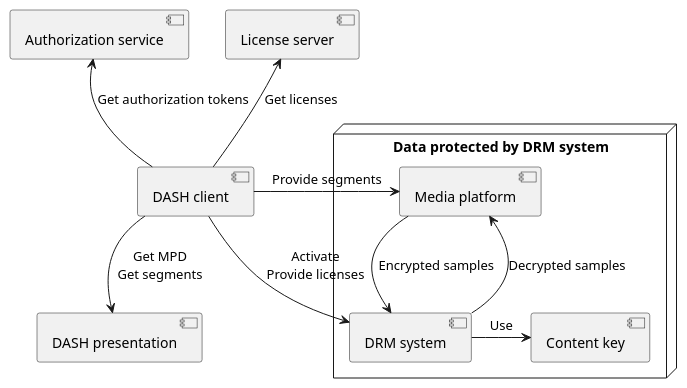
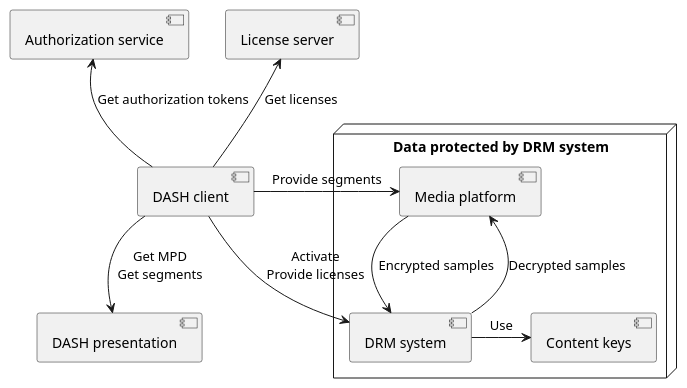
One commit to Dash-Industry-Forum/DASH-IF-IOP changed the diagram in Diagrams/Security/DrmBigPicture.wsd. Above: the diagram before and after it, drawn with PlantUML.

Commit message:
Diagram tidy

```diff
--- a/Diagrams/Security/DrmBigPicture.wsd
+++ b/Diagrams/Security/DrmBigPicture.wsd
@@ -1,29 +1,29 @@
 @startuml
 
 [DASH presentation] as DASH
 
 [DASH client] as Client
 
 node "Data protected by DRM system" {
-    [Content key] as Key
+    [Content keys] as Key
 
     [Media platform] as MediaPlatform
     [DRM system] as DRM
 }
 
 [License server] as LicenseServer
 [Authorization service] as Authz
 
 Client -down-> DASH : Get MPD\nGet segments
 Client -> MediaPlatform : Provide segments
 Client -down-> DRM : Activate\nProvide licenses
 
 DRM -> MediaPlatform : Decrypted samples
 MediaPlatform --> DRM : Encrypted samples
 
 DRM -> Key : Use
 
 Client -up-> LicenseServer : Get licenses
 Client -up-> Authz : Get authorization tokens
 
 @enduml
```
